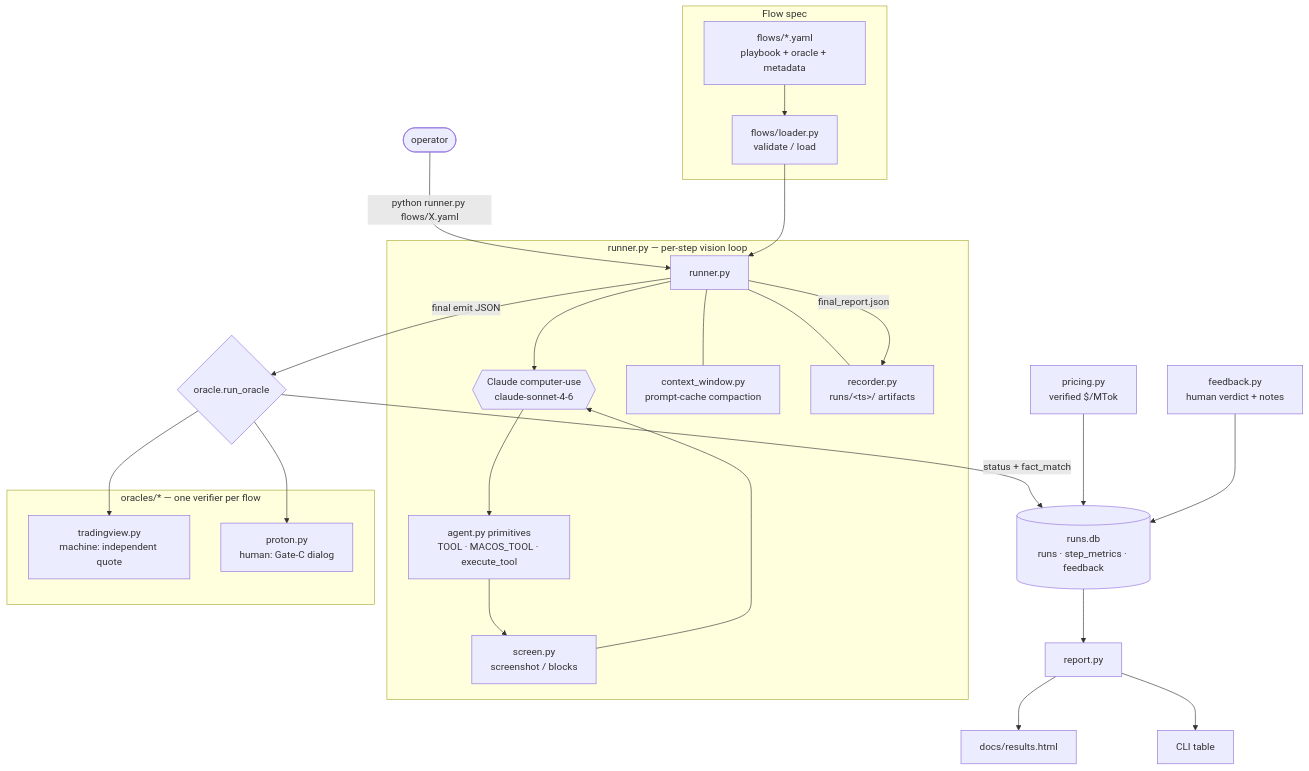
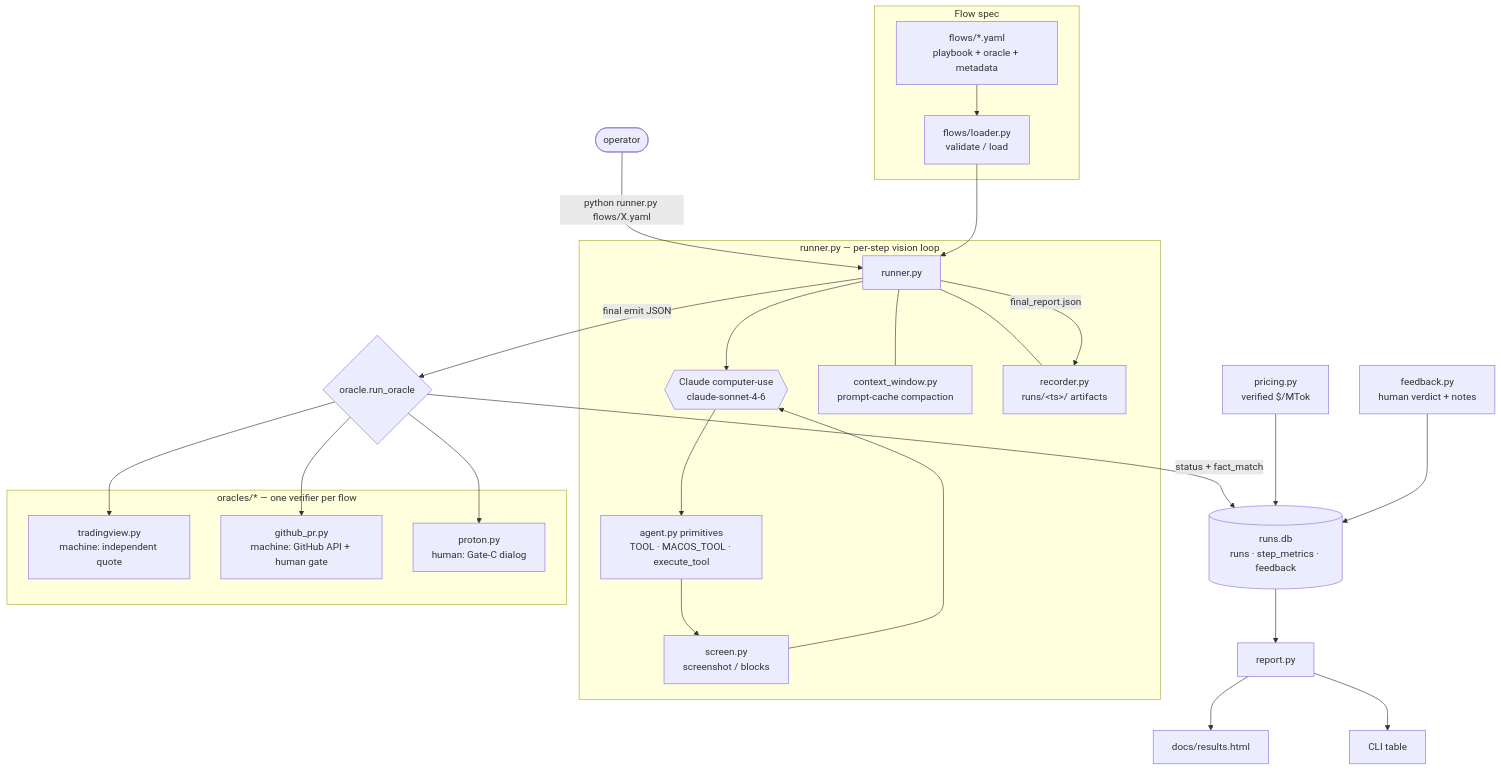
Before and after one commit to eshaanmathakari/sholay: the diagram in docs/ARCHITECTURE.md, drawn with Mermaid. The commit also changed other lines of this file and 13 other files, not shown here.

First line of the commit message:
Add Flow #2: github_notion_intake + computer-use reliability fixes

````diff
--- a/docs/ARCHITECTURE.md
+++ b/docs/ARCHITECTURE.md
@@ -35,41 +35,43 @@
 ```mermaid
 flowchart TD
     user([operator]) -->|python runner.py flows/X.yaml| runner
 
     subgraph spec [Flow spec]
       yaml[flows/*.yaml<br/>playbook + oracle + metadata]
       loader[flows/loader.py<br/>validate / load]
       yaml --> loader
     end
     loader --> runner
 
     subgraph loop [runner.py — per-step vision loop]
       runner[runner.py]
       claude{{Claude computer-use<br/>claude-sonnet-4-6}}
       prims[agent.py primitives<br/>TOOL · MACOS_TOOL · execute_tool]
       screen[screen.py<br/>screenshot / blocks]
       ctx[context_window.py<br/>prompt-cache compaction]
       rec[recorder.py<br/>runs/&lt;ts&gt;/ artifacts]
       runner --> claude --> prims --> screen --> claude
       runner --- ctx
       runner --- rec
     end
 
     runner -->|final emit JSON| oracle
     subgraph oracles [oracles/* — one verifier per flow]
       tv[tradingview.py<br/>machine: independent quote]
+      gh[github_pr.py<br/>machine: GitHub API + human gate]
       pr[proton.py<br/>human: Gate-C dialog]
     end
     oracle{oracle.run_oracle}
     oracle --> tv
+    oracle --> gh
     oracle --> pr
 
     oracle -->|status + fact_match| db[(runs.db<br/>runs · step_metrics · feedback)]
     runner -->|final_report.json| rec
     pricing[pricing.py<br/>verified $/MTok] --> db
 
     db --> report[report.py]
     report --> html[docs/results.html]
     report --> cli[CLI table]
     fb[feedback.py<br/>human verdict + notes] --> db
 ```
````
